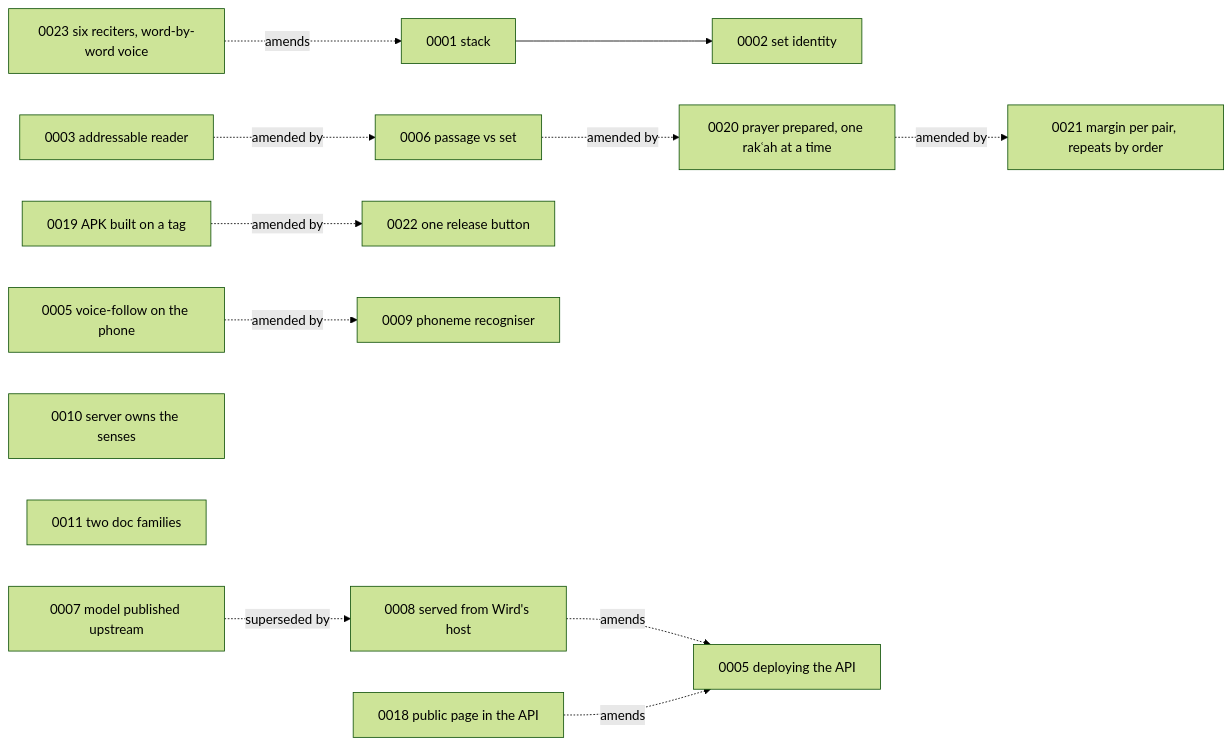
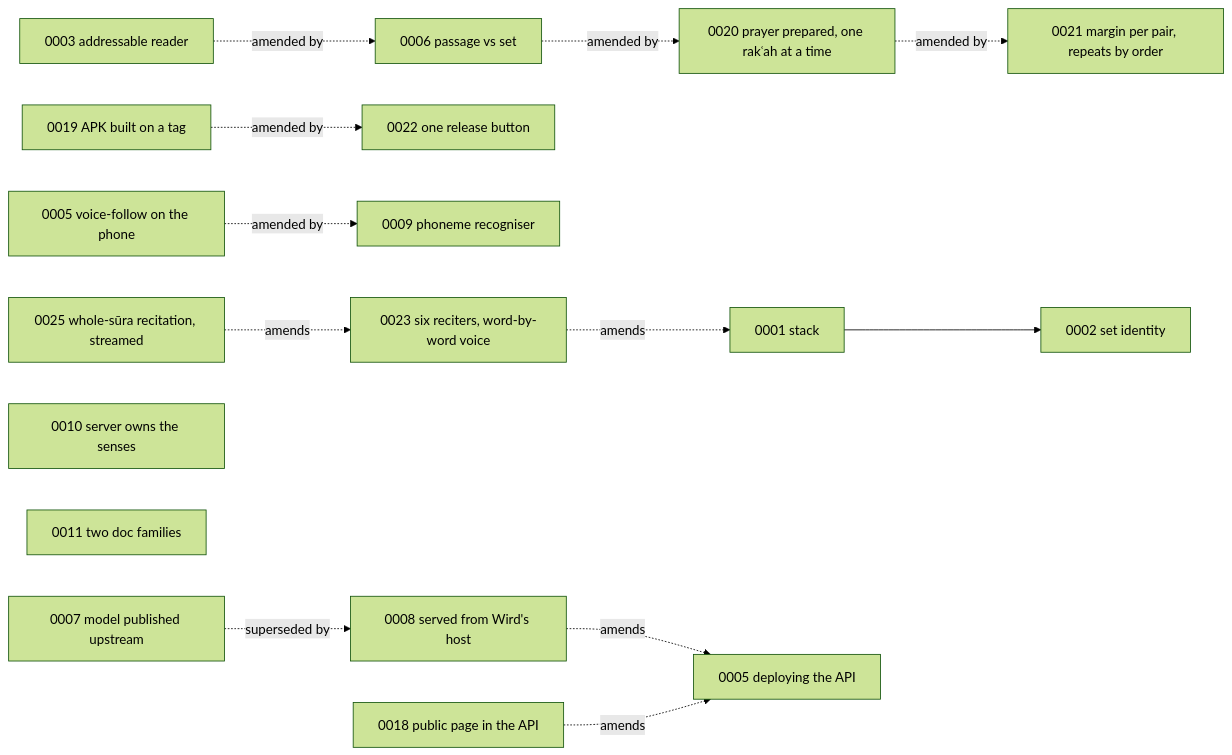
One commit to MohammadBnei/wird changed the diagram in docs/adr/README.md. Above: the diagram before and after it, drawn with Mermaid (forest theme). The commit also changed other lines of this file and 21 other files, not shown here.

````diff
--- a/docs/adr/README.md
+++ b/docs/adr/README.md
@@ -7,15 +7,16 @@
 ```mermaid
 flowchart LR
   A1[0001 stack] --> A2[0002 set identity]
   A3[0003 addressable reader] -. amended by .-> A6[0006 passage vs set]
   A6 -. amended by .-> A20[0020 prayer prepared, one rakʿah at a time]
   A20 -. amended by .-> A21[0021 margin per pair, repeats by order]
   A19[0019 APK built on a tag] -. amended by .-> A22[0022 one release button]
   A5v[0005 voice-follow on the phone] -. amended by .-> A9[0009 phoneme recogniser]
   A7[0007 model published upstream] -. superseded by .-> A8[0008 served from Wird's host]
   A8 -. amends .-> A5d[0005 deploying the API]
   A10[0010 server owns the senses]
   A11[0011 two doc families]
   A18[0018 public page in the API] -. amends .-> A5d
   A23[0023 six reciters, word-by-word voice] -. amends .-> A1
+  A25[0025 whole-sūra recitation, streamed] -. amends .-> A23
 ```
````
